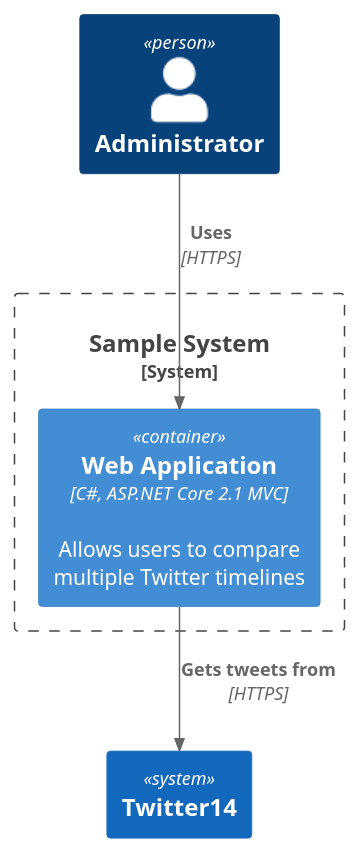
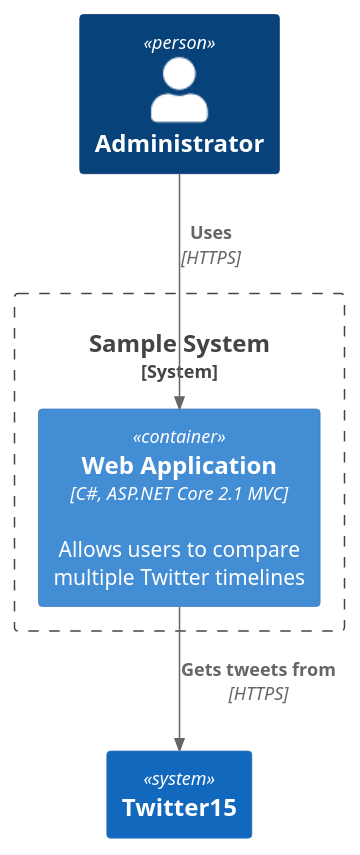
Before and after one commit to kcirtapfromspace/plantuml: the diagram in doc/design/assets/diagram2.puml, drawn with PlantUML. The commit also changed 1 other file, not shown here.

```diff
--- a/doc/design/assets/diagram2.puml
+++ b/doc/design/assets/diagram2.puml
@@ -1,13 +1,13 @@
 @startuml Basic_Sample
 !include https://raw.githubusercontent.com/plantuml-stdlib/C4-PlantUML/master/C4_Container.puml
 
 Person(admin, "Administrator")
 System_Boundary(c1, "Sample System") {
     Container(web_app, "Web Application", "C#, ASP.NET Core 2.1 MVC", "Allows users to compare multiple Twitter timelines")
 }
 System(twitter, "Twitter")
-System(twitter, "Twitter14")
+System(twitter, "Twitter15")
 
 Rel(admin, web_app, "Uses", "HTTPS")
 Rel(web_app, twitter, "Gets tweets from", "HTTPS")
 @enduml
```
